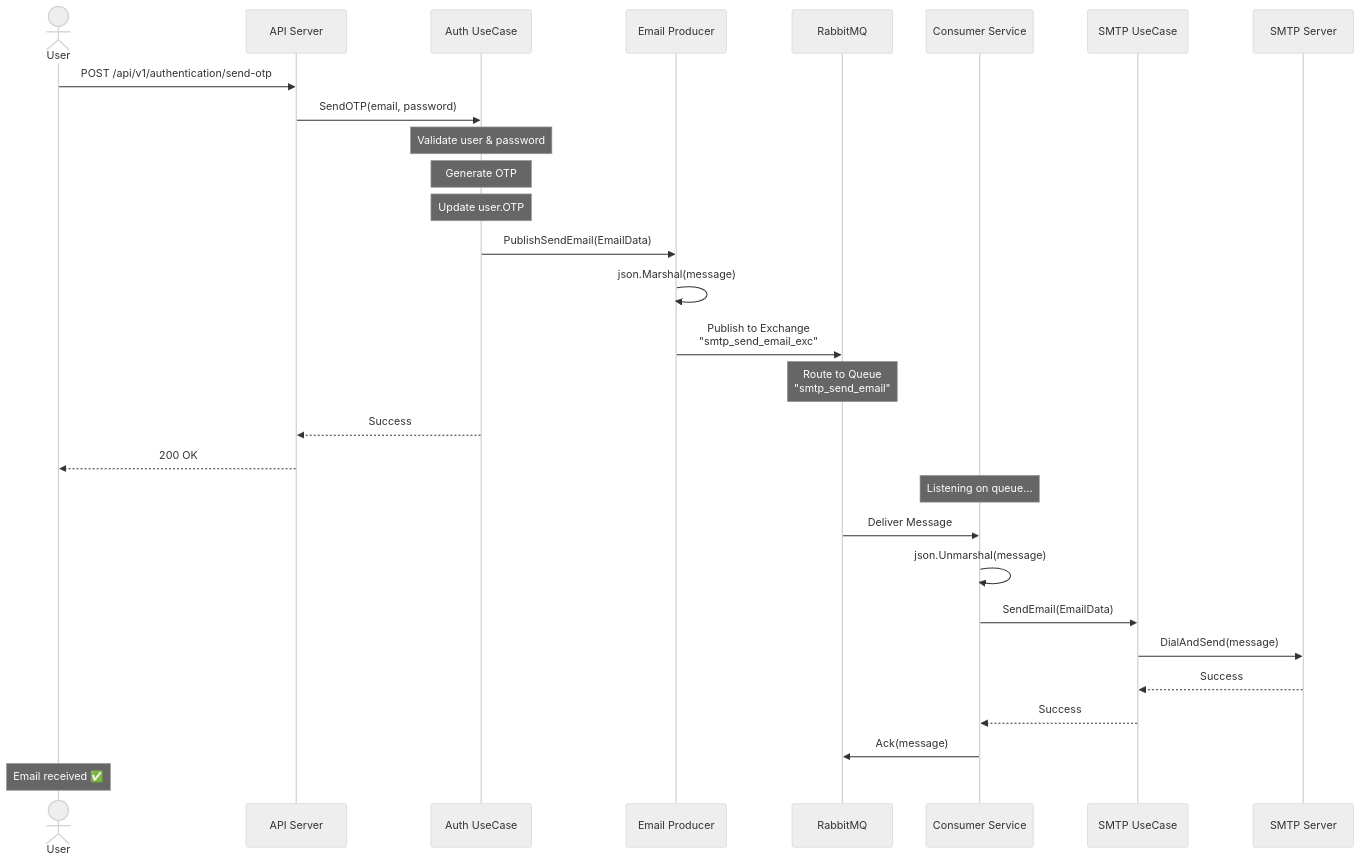
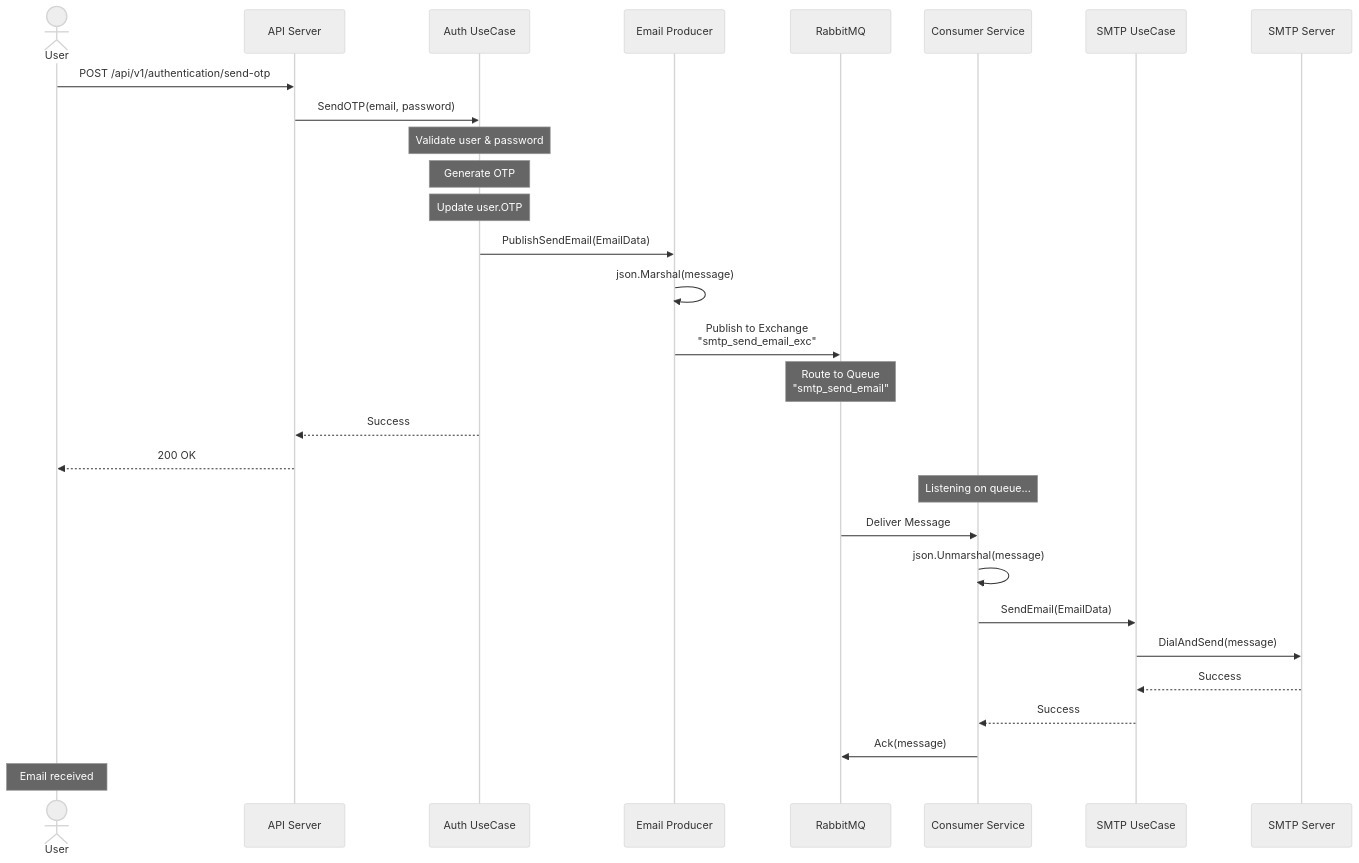
The diagram in identity/document/consumer_03_flow_diagrams.md (smap-hcmut/identity-srv), drawn with Mermaid (neutral theme) before and after one commit. The commit also changed other lines of this file and 7 other files, not shown here.

Commit message:
feat(identity): add comprehensive README for SMAP Identity Service, detailing architecture, features, and setup instructions; update implementation summaries and consumer service documentation for clarity and consistency

````diff
--- a/identity/document/consumer_03_flow_diagrams.md
+++ b/identity/document/consumer_03_flow_diagrams.md
@@ -5,42 +5,42 @@
 ```mermaid
 sequenceDiagram
     actor User
     participant API as API Server
     participant AuthUC as Auth UseCase
     participant Producer as Email Producer
     participant RabbitMQ as RabbitMQ
     participant Consumer as Consumer Service
     participant SMTP_UC as SMTP UseCase
     participant SMTP as SMTP Server
     
     User->>API: POST /api/v1/authentication/send-otp
     API->>AuthUC: SendOTP(email, password)
     
     Note over AuthUC: Validate user & password
     Note over AuthUC: Generate OTP
     Note over AuthUC: Update user.OTP
     
     AuthUC->>Producer: PublishSendEmail(EmailData)
     
     Producer->>Producer: json.Marshal(message)
     Producer->>RabbitMQ: Publish to Exchange<br/>"smtp_send_email_exc"
     
     Note over RabbitMQ: Route to Queue<br/>"smtp_send_email"
     
     AuthUC-->>API: Success
     API-->>User: 200 OK
     
     Note over Consumer: Listening on queue...
     
     RabbitMQ->>Consumer: Deliver Message
     Consumer->>Consumer: json.Unmarshal(message)
     Consumer->>SMTP_UC: SendEmail(EmailData)
     
     SMTP_UC->>SMTP: DialAndSend(message)
     SMTP-->>SMTP_UC: Success
     SMTP_UC-->>Consumer: Success
     
     Consumer->>RabbitMQ: Ack(message)
     
-    Note over User: Email received ✅
+    Note over User: Email received
 ```
````
